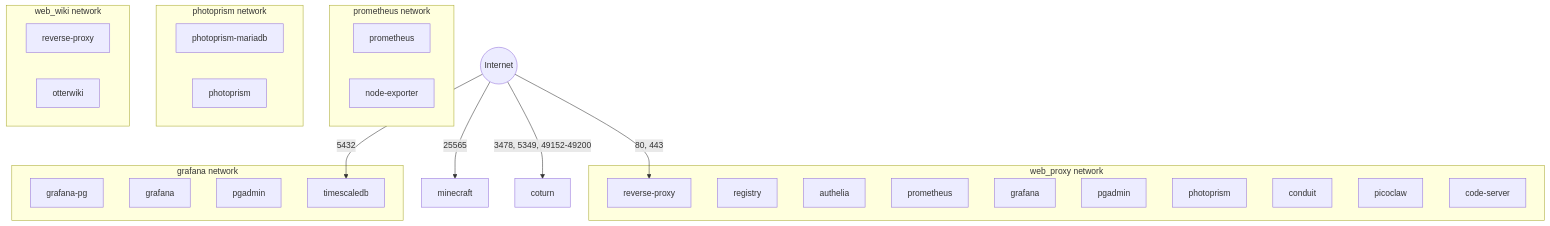
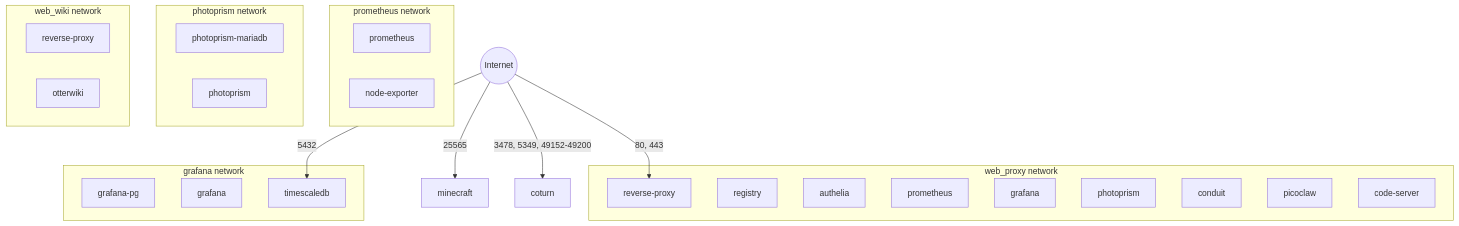
One commit to Waxolunist/ansible-docker-server changed the fourth of 6 diagrams in ARCHITECTURE.md. Above: the diagram before and after it, drawn with Mermaid. The commit also changed other lines of this file and 5 other files, not shown here.

````diff
--- a/ARCHITECTURE.md
+++ b/ARCHITECTURE.md
@@ -241,42 +237,40 @@
 ```mermaid
 graph TB
     subgraph proxy_net[web_proxy network]
         RP[reverse-proxy]
         REG[registry]
         AUTH[authelia]
         PROM[prometheus]
         GR[grafana]
-        PGA[pgadmin]
         PP[photoprism]
         CO[conduit]
         PC[picoclaw]
         CS[code-server]
     end
 
     subgraph prom_net[prometheus network]
         PROM2[prometheus]
         NE[node-exporter]
     end
 
     subgraph graf_net[grafana network]
         GPG[grafana-pg]
         GR2[grafana]
-        PGA2[pgadmin]
         TS[timescaledb]
     end
 
     subgraph photo_net[photoprism network]
         PM[photoprism-mariadb]
         PP2[photoprism]
     end
 
     subgraph wiki_net[web_wiki network]
         RP2[reverse-proxy]
         OW[otterwiki]
     end
 
     INTERNET((Internet)) -->|80, 443| RP
     INTERNET -->|25565| MC[minecraft]
     INTERNET -->|3478, 5349, 49152-49200| CT[coturn]
     INTERNET -->|5432| TS
 ```
````
